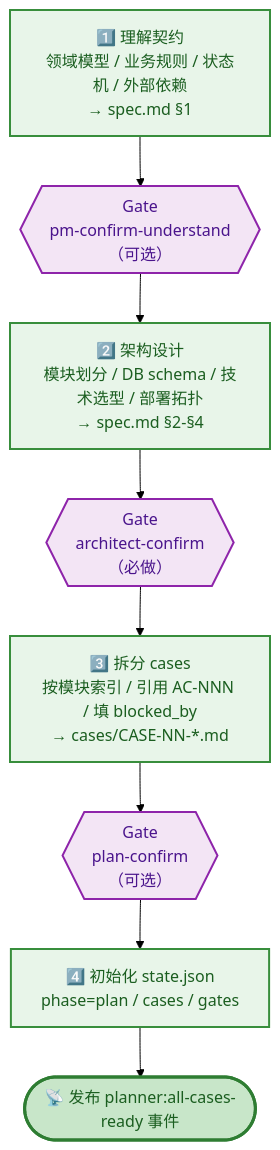
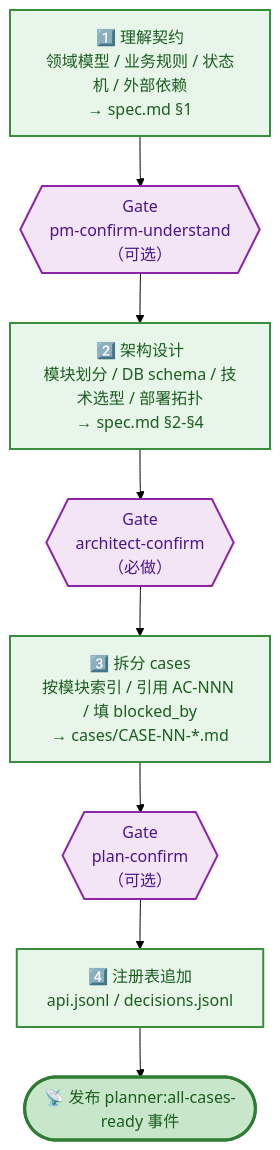
The eighth of 14 diagrams in README.md (dd-xiaozhi/dev-agent-flow), drawn with Mermaid (forest theme) before and after one commit. The commit also changed other lines of this file and 2 other files, not shown here.

````diff
--- a/README.md
+++ b/README.md
@@ -313,18 +324,18 @@
 ```mermaid
 flowchart TD
     S1["1️⃣ 理解契约<br/>领域模型 / 业务规则 / 状态机 / 外部依赖<br/>→ spec.md §1"] --> G1{{"Gate<br/>pm-confirm-understand<br/>（可选）"}}
     G1 --> S2["2️⃣ 架构设计<br/>模块划分 / DB schema / 技术选型 / 部署拓扑<br/>→ spec.md §2-§4"]
     S2 --> G2{{"Gate<br/>architect-confirm<br/>（必做）"}}
     G2 --> S3["3️⃣ 拆分 cases<br/>按模块索引 / 引用 AC-NNN / 填 blocked_by<br/>→ cases/CASE-NN-*.md"]
     S3 --> G3{{"Gate<br/>plan-confirm<br/>（可选）"}}
-    G3 --> S4["4️⃣ 初始化 state.json<br/>phase=plan / cases / gates"]
+    G3 --> S4["4️⃣ 注册表追加<br/>api.jsonl / decisions.jsonl"]
     S4 --> EV([📡 发布 planner:all-cases-ready 事件])
 
     classDef step fill:#e8f5e9,stroke:#388e3c,stroke-width:2px,color:#1b5e20
     classDef gate fill:#f3e5f5,stroke:#8e24aa,stroke-width:2px,color:#4a148c
     classDef event fill:#c8e6c9,stroke:#2e7d32,stroke-width:3px,color:#1b5e20
 
-    class S1,S2,S3,S4,S5 step
+    class S1,S2,S3,S4 step
     class G1,G2,G3 gate
     class EV event
 ```
````
